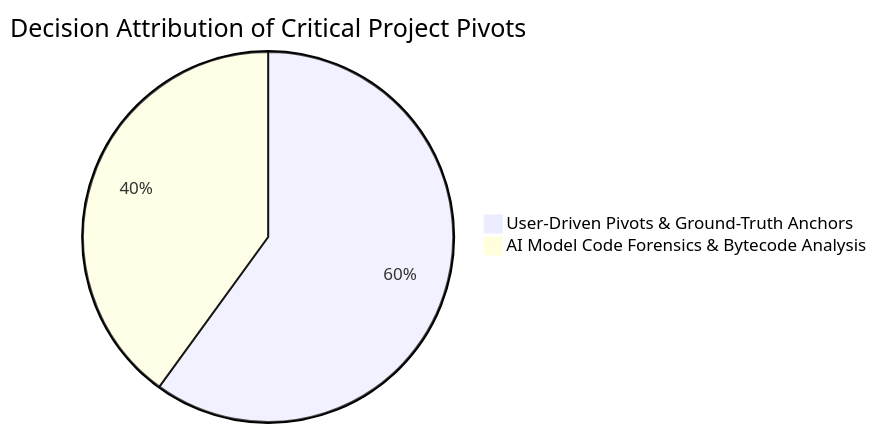
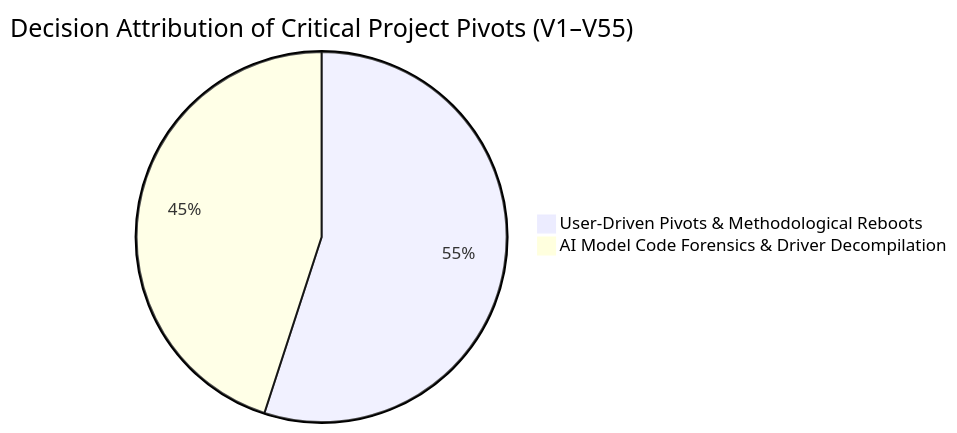
The first of 4 diagrams in retro/DecisionsLog.md (datacompboy/xmg_deep_sleep), drawn with Mermaid before and after one commit. The commit also changed other lines of this file and 2 other files, not shown here.

Commit message:
forensics analysis of continuation of saga

````diff
--- a/retro/DecisionsLog.md
+++ b/retro/DecisionsLog.md
@@ -19,5 +23,5 @@
 ```mermaid
-pie title Decision Attribution of Critical Project Pivots
-    "User-Driven Pivots & Ground-Truth Anchors" : 60
-    "AI Model Code Forensics & Bytecode Analysis" : 40
+pie title Decision Attribution of Critical Project Pivots (V1–V55)
+    "User-Driven Pivots & Methodological Reboots" : 55
+    "AI Model Code Forensics & Driver Decompilation" : 45
 ```
````
